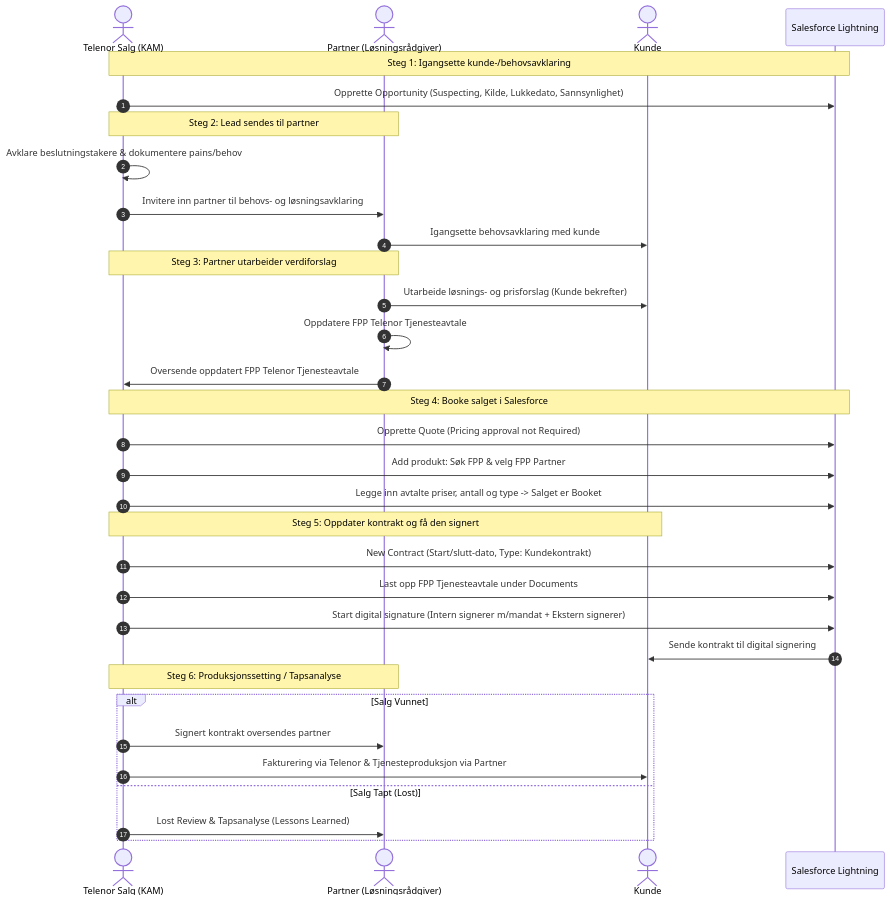
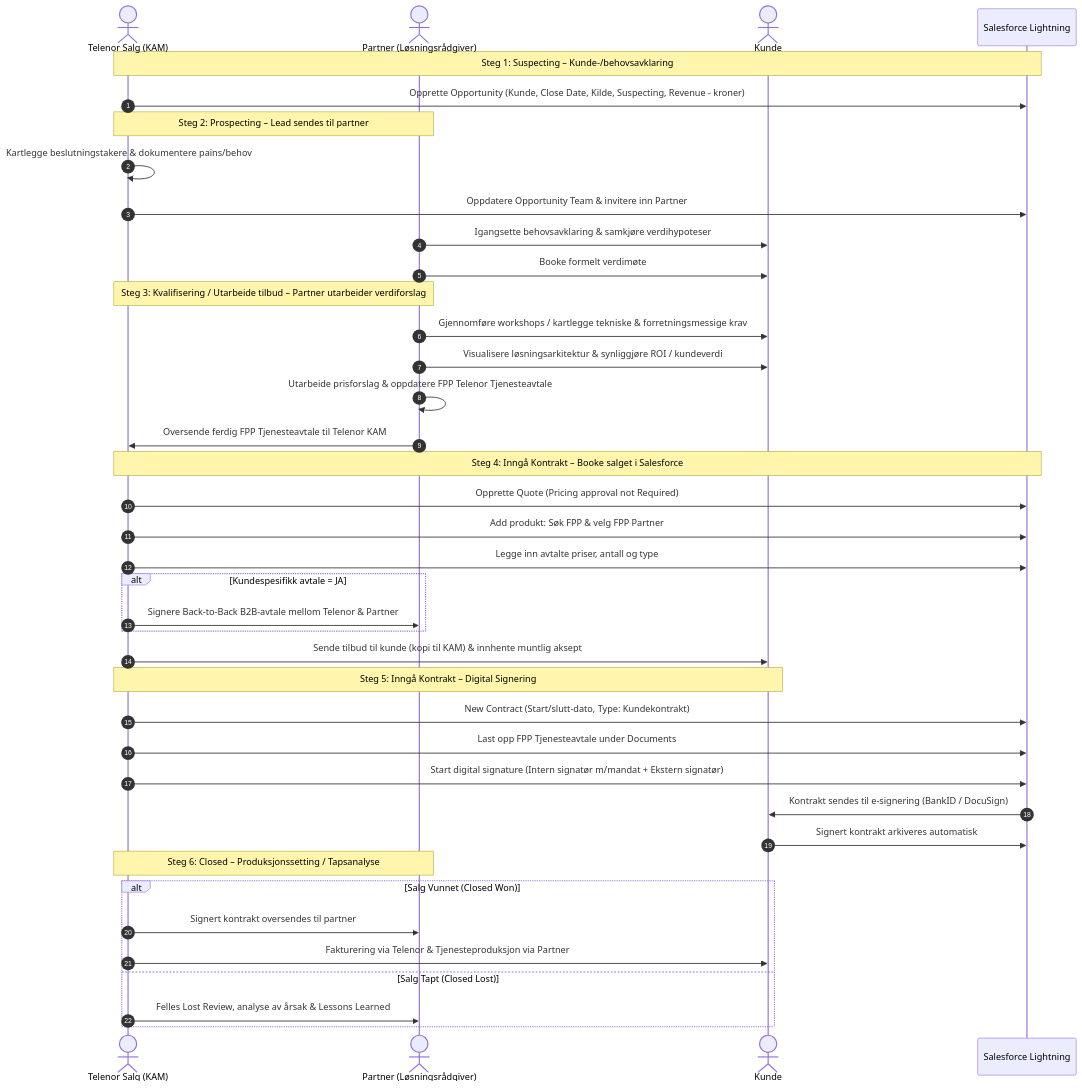
One commit to t346910/Partner_New_Deal changed the diagram in Salgsprosessen/prosessen.md. Above: the diagram before and after it, drawn with Mermaid. The commit also changed other lines of this file and 2 other files, not shown here.

Commit message:
Oppdater prosesshåndbok, web-portal og sjekklister med B2B Back-to-Back avtalekrav, Revenue booking og utvidet Guidance fra 08.09.26 matrise

````diff
--- a/Salgsprosessen/prosessen.md
+++ b/Salgsprosessen/prosessen.md
@@ -22,40 +23,47 @@
 ```mermaid
 sequenceDiagram
     autonumber
     actor T as Telenor Salg (KAM)
     actor P as Partner (Løsningsrådgiver)
     actor K as Kunde
     participant SF as Salesforce Lightning
 
-    Note over T,SF: Steg 1: Igangsette kunde-/behovsavklaring
-    T->>SF: Opprette Opportunity (Suspecting, Kilde, Lukkedato, Sannsynlighet)
+    Note over T,SF: Steg 1: Suspecting – Kunde-/behovsavklaring
+    T->>SF: Opprette Opportunity (Kunde, Close Date, Kilde, Suspecting, Revenue - kroner)
 
-    Note over T,P: Steg 2: Lead sendes til partner
-    T->>T: Avklare beslutningstakere & dokumentere pains/behov
-    T->>P: Invitere inn partner til behovs- og løsningsavklaring
-    P->>K: Igangsette behovsavklaring med kunde
+    Note over T,P: Steg 2: Prospecting – Lead sendes til partner
+    T->>T: Kartlegge beslutningstakere & dokumentere pains/behov
+    T->>SF: Oppdatere Opportunity Team & invitere inn Partner
+    P->>K: Igangsette behovsavklaring & samkjøre verdihypoteser
+    P->>K: Booke formelt verdimøte
 
-    Note over P,T: Steg 3: Partner utarbeider verdiforslag
-    P->>K: Utarbeide løsnings- og prisforslag (Kunde bekrefter)
-    P->>P: Oppdatere FPP Telenor Tjenesteavtale
-    P->>T: Oversende oppdatert FPP Telenor Tjenesteavtale
+    Note over P,T: Steg 3: Kvalifisering / Utarbeide tilbud – Partner utarbeider verdiforslag
+    P->>K: Gjennomføre workshops / kartlegge tekniske & forretningsmessige krav
+    P->>K: Visualisere løsningsarkitektur & synliggjøre ROI / kundeverdi
+    P->>P: Utarbeide prisforslag & oppdatere FPP Telenor Tjenesteavtale
+    P->>T: Oversende ferdig FPP Tjenesteavtale til Telenor KAM
 
-    Note over T,SF: Steg 4: Booke salget i Salesforce
+    Note over T,SF: Steg 4: Inngå Kontrakt – Booke salget i Salesforce
     T->>SF: Opprette Quote (Pricing approval not Required)
     T->>SF: Add produkt: Søk FPP & velg FPP Partner
-    T->>SF: Legge inn avtalte priser, antall og type -> Salget er Booket
+    T->>SF: Legge inn avtalte priser, antall og type
+    alt Kundespesifikk avtale = JA
+        T->>P: Signere Back-to-Back B2B-avtale mellom Telenor & Partner
+    end
+    T->>K: Sende tilbud til kunde (kopi til KAM) & innhente muntlig aksept
 
-    Note over T,K: Steg 5: Oppdater kontrakt og få den signert
+    Note over T,K: Steg 5: Inngå Kontrakt – Digital Signering
     T->>SF: New Contract (Start/slutt-dato, Type: Kundekontrakt)
     T->>SF: Last opp FPP Tjenesteavtale under Documents
-    T->>SF: Start digital signature (Intern signerer m/mandat + Ekstern signerer)
-    SF->>K: Sende kontrakt til digital signering
+    T->>SF: Start digital signature (Intern signatør m/mandat + Ekstern signatør)
+    SF->>K: Kontrakt sendes til e-signering (BankID / DocuSign)
+    K->>SF: Signert kontrakt arkiveres automatisk
 
-    Note over T,P: Steg 6: Produksjonssetting / Tapsanalyse
-    alt Salg Vunnet
-        T->>P: Signert kontrakt oversendes partner
+    Note over T,P: Steg 6: Closed – Produksjonssetting / Tapsanalyse
+    alt Salg Vunnet (Closed Won)
+        T->>P: Signert kontrakt oversendes til partner
         T->>K: Fakturering via Telenor & Tjenesteproduksjon via Partner
-    else Salg Tapt (Lost)
-        T->>P: Lost Review & Tapsanalyse (Lessons Learned)
+    else Salg Tapt (Closed Lost)
+        T->>P: Felles Lost Review, analyse av årsak & Lessons Learned
     end
 ```
````
